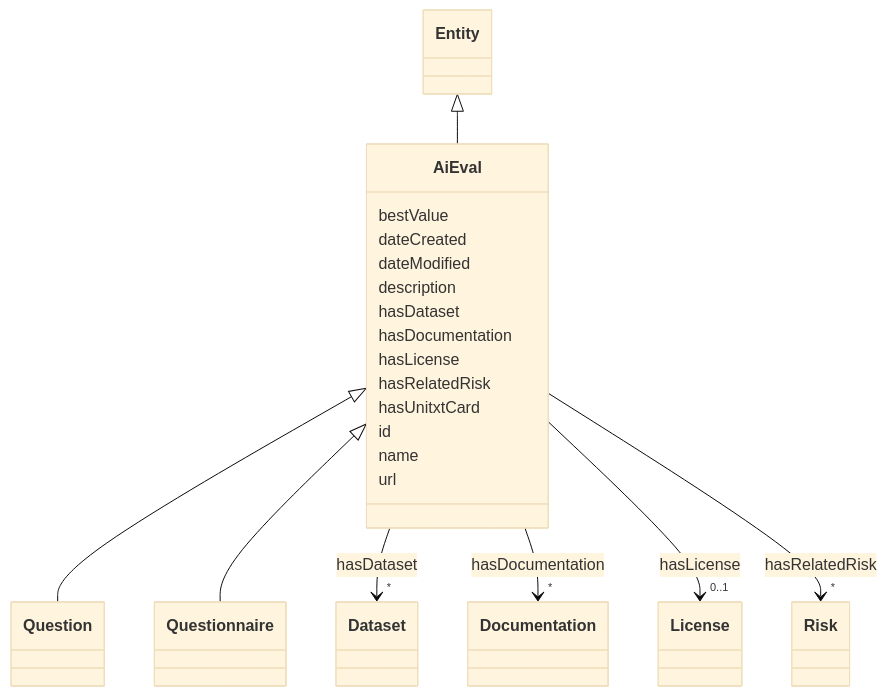
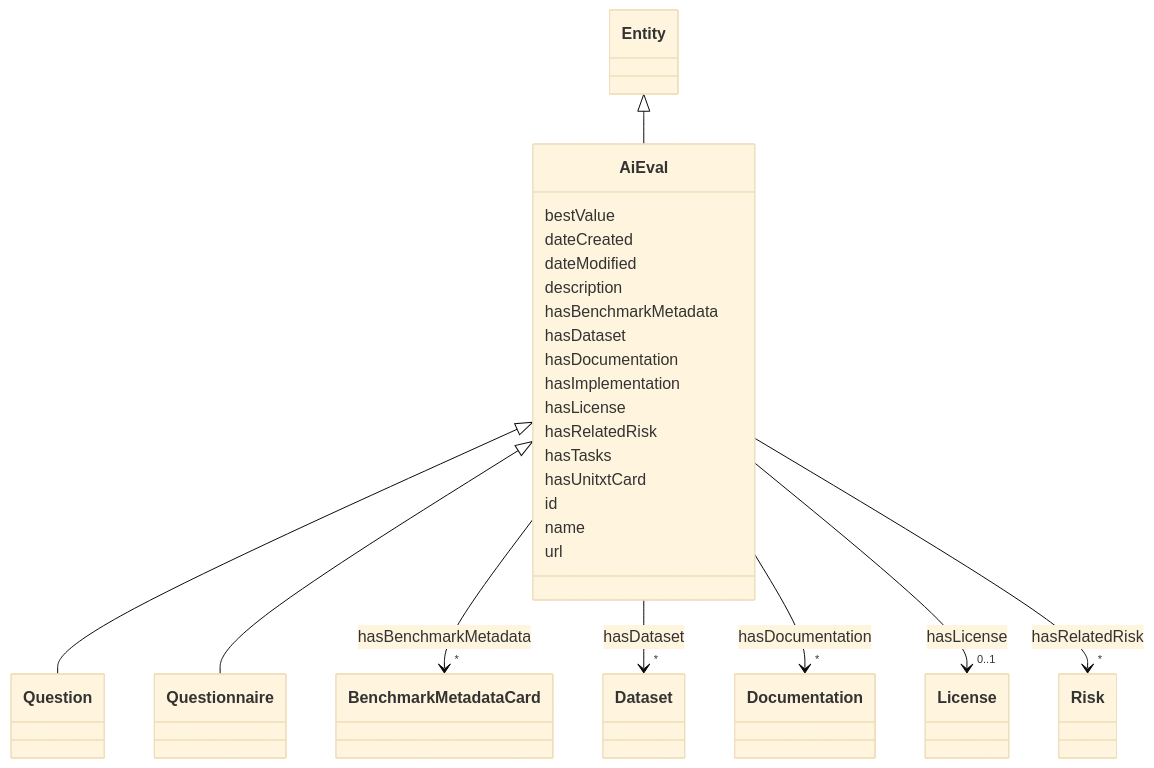
The diagram in docs/ontology/AiEval.md (zrlfba/risk-atlas-nexus), drawn with Mermaid (base theme) before and after one commit. The commit also changed other lines of this file and 115 other files, not shown here.

First line of the commit message:
feat: benchmarks and benchmark metadata (#42)

````diff
--- a/docs/ontology/AiEval.md
+++ b/docs/ontology/AiEval.md
@@ -19,68 +19,81 @@
 ```mermaid
  classDiagram
     class AiEval
     click AiEval href "../AiEval"
       Entity <|-- AiEval
         click Entity href "../Entity"
       
 
       AiEval <|-- Question
         click Question href "../Question"
       AiEval <|-- Questionnaire
         click Questionnaire href "../Questionnaire"
       
       
       AiEval : bestValue
         
       AiEval : dateCreated
         
       AiEval : dateModified
         
       AiEval : description
         
+      AiEval : hasBenchmarkMetadata
+        
+          
+    
+    
+    AiEval --> "*" BenchmarkMetadataCard : hasBenchmarkMetadata
+    click BenchmarkMetadataCard href "../BenchmarkMetadataCard"
+
+        
       AiEval : hasDataset
         
           
     
     
     AiEval --> "*" Dataset : hasDataset
     click Dataset href "../Dataset"
 
         
       AiEval : hasDocumentation
         
           
     
     
     AiEval --> "*" Documentation : hasDocumentation
     click Documentation href "../Documentation"
 
+        
+      AiEval : hasImplementation
         
       AiEval : hasLicense
         
           
     
     
     AiEval --> "0..1" License : hasLicense
     click License href "../License"
 
         
       AiEval : hasRelatedRisk
         
           
     
     
     AiEval --> "*" Risk : hasRelatedRisk
     click Risk href "../Risk"
 
         
+      AiEval : hasTasks
+        
       AiEval : hasUnitxtCard
         
       AiEval : id
         
       AiEval : name
         
       AiEval : url
         
       
 ```
````
